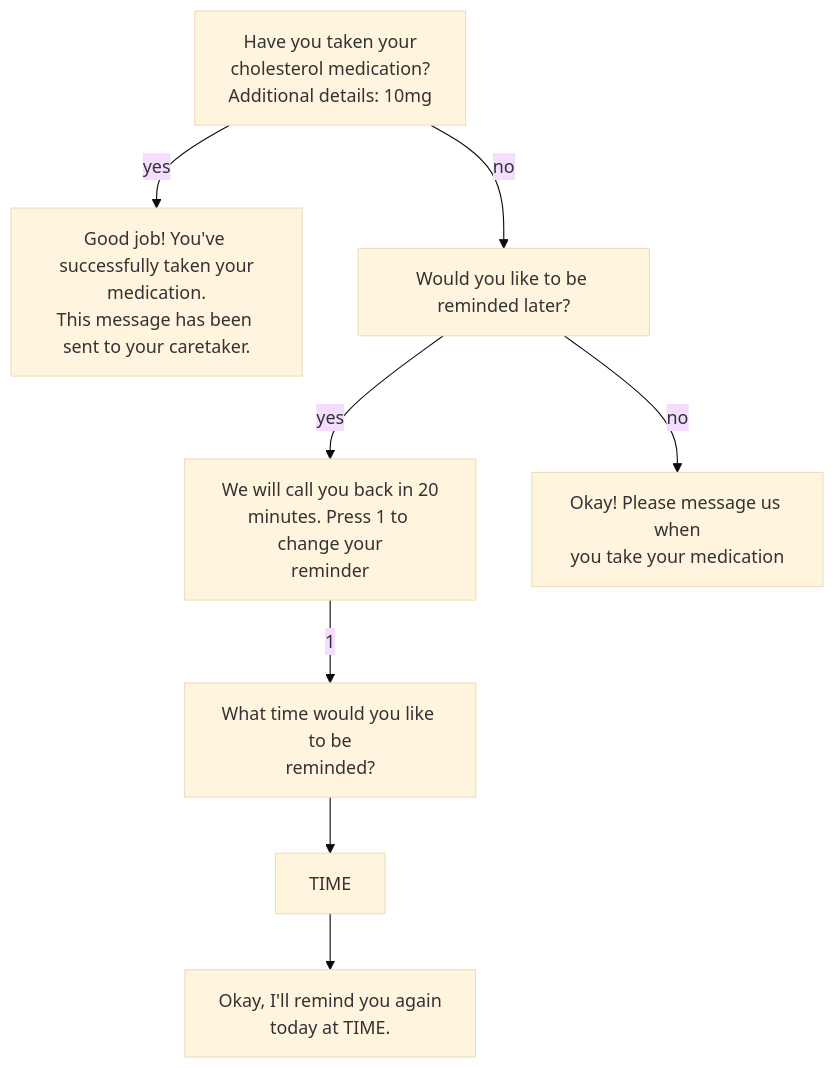
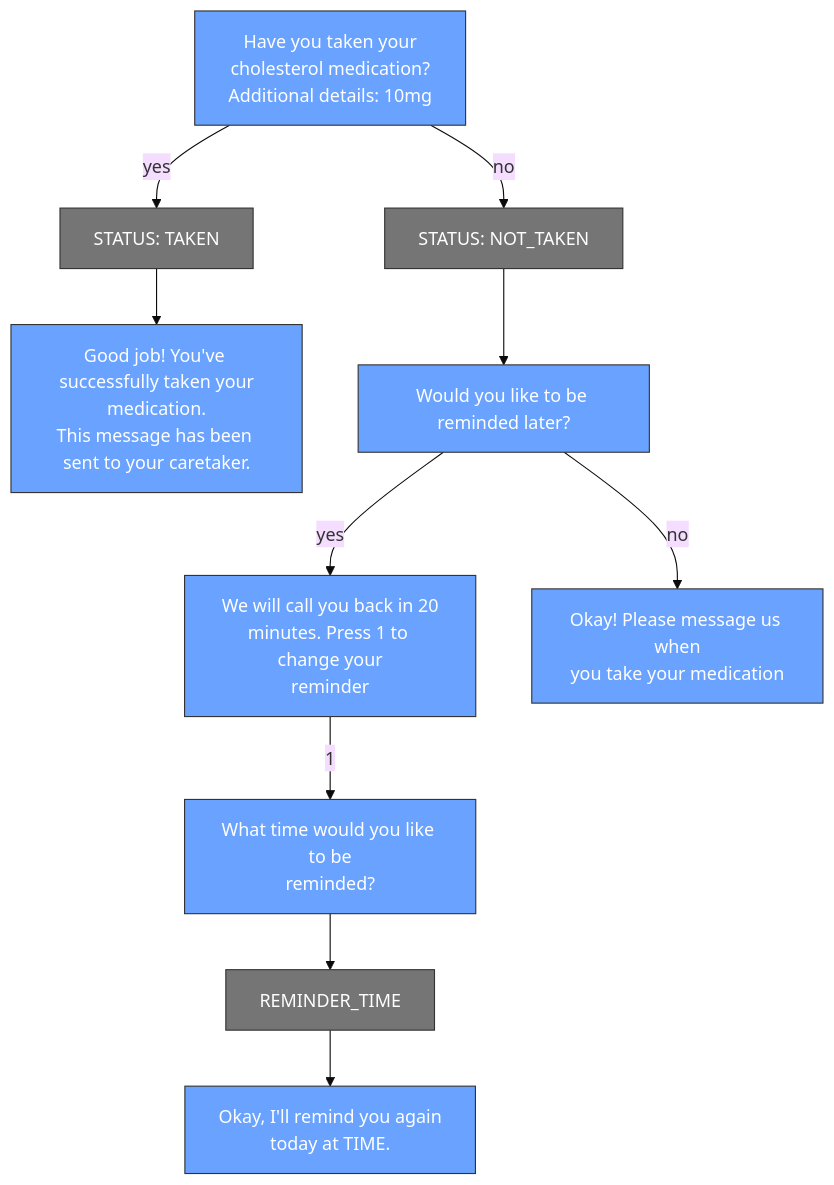
Before and after one commit to FuturrCoder/cs329-chatbot: the diagram in task2.mmd, drawn with Mermaid (base theme). The commit also changed 5 other files, not shown here.

```diff
--- a/task2.mmd
+++ b/task2.mmd
@@ -1,17 +1,28 @@
 graph TD
-    A["Have you taken your<br>cholesterol medication?<br>Additional details: 10mg"]
-    B["Good job! You've successfully taken your<br>medication.<br>This message has been sent to your caretaker."]
-    C["Would you like to be reminded later?"]
-    D["We will call you back in 20<br>minutes. Press 1 to change your<br>reminder"]
-    E["Okay! Please message us when<br>you take your medication"]
-    F["What time would you like to be<br>reminded?"]
-    G["TIME"]
-    H["Okay, I'll remind you again<br>today at TIME."]
+    %% Styling classes
+    classDef blueBox fill:#69a2ff,stroke:#333,stroke-width:1px,color:#fff;
+    classDef greyBox fill:#757575,stroke:#333,stroke-width:1px,color:#fff;
 
-    A -- yes --> B
-    A -- no --> C
+    A["Have you taken your<br>cholesterol medication?<br>Additional details: 10mg"]:::blueBox
+    B["Good job! You've successfully taken your<br>medication.<br>This message has been sent to your caretaker."]:::blueBox
+    C["Would you like to be reminded later?"]:::blueBox
+    D["We will call you back in 20<br>minutes. Press 1 to change your<br>reminder"]:::blueBox
+    E["Okay! Please message us when<br>you take your medication"]:::blueBox
+    F["What time would you like to be<br>reminded?"]:::blueBox
+    G["REMINDER_TIME"]:::greyBox
+    H["Okay, I'll remind you again<br>today at TIME."]:::blueBox
+
+    TAKEN["STATUS: TAKEN"]:::greyBox
+    NOT_TAKEN["STATUS: NOT_TAKEN"]:::greyBox
+
+    A -- yes --> TAKEN
+    TAKEN --> B
+    
+    A -- no --> NOT_TAKEN
+    NOT_TAKEN --> C
+    
     C -- yes --> D
     C -- no --> E
     D -- 1 --> F
     F --> G
     G --> H
```
